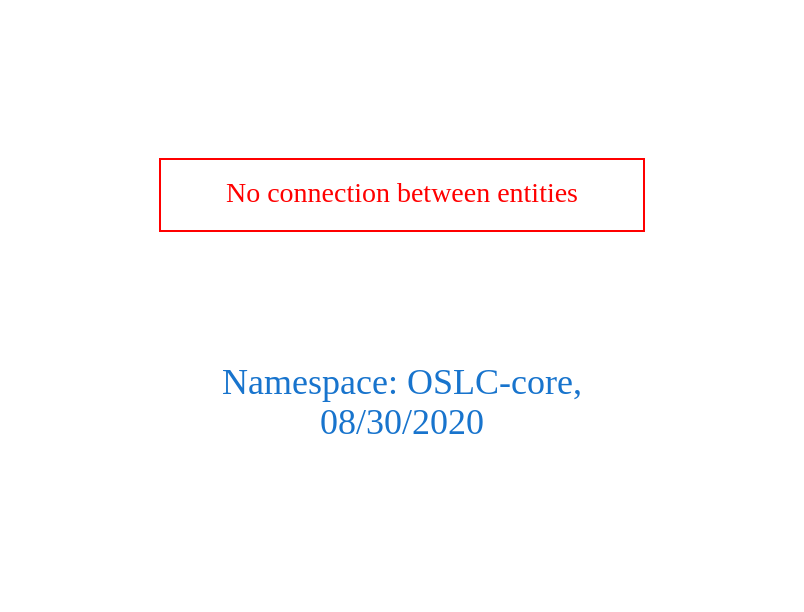
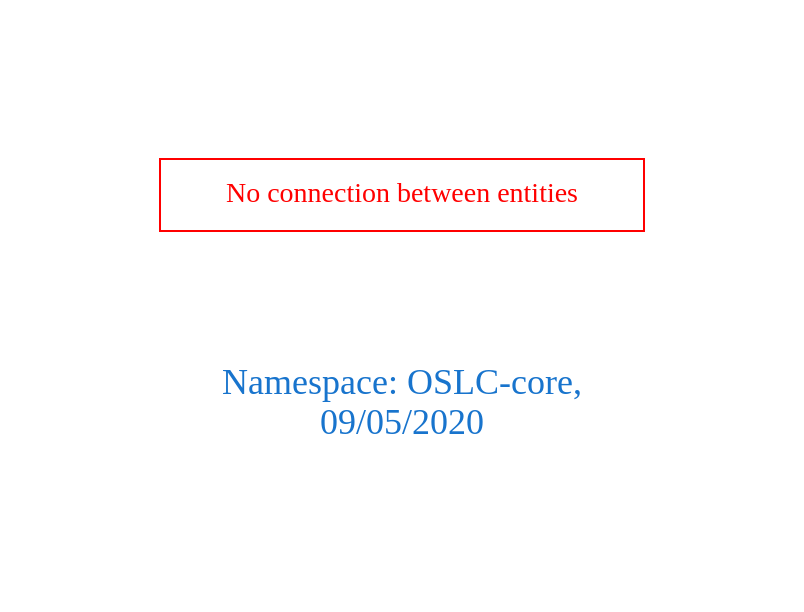
Before and after one commit to arago/OGIT: the diagram in downloads/OSLC-core.dot, drawn with Graphviz. The commit also changed 1821 other files, not shown here.

```diff
--- a/downloads/OSLC-core.dot
+++ b/downloads/OSLC-core.dot
@@ -1,9 +1,9 @@
 digraph OGIT_ontology {
  graph [ rankdir= LR,pad=1 
 fontsize = 18,
-fontcolor= dodgerblue3,label = "\n\n\nNamespace: OSLC-core, \n 08/30/2020"];
+fontcolor= dodgerblue3,label = "\n\n\nNamespace: OSLC-core, \n 09/05/2020"];
 node[shape=polygon];
 edge [  color="gray81"];
 
 "No connection between entities" [fontcolor = "red",color="red", shape="polygon"]
 }
```
